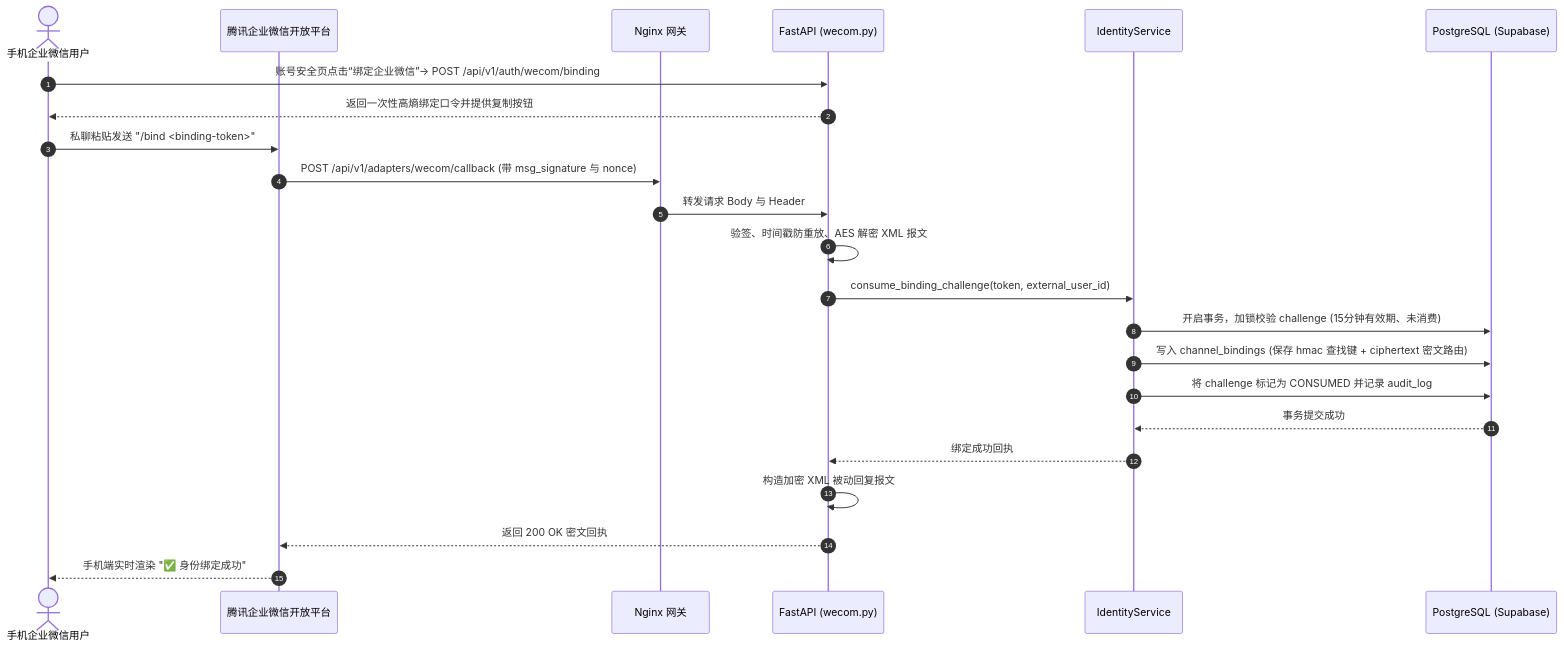
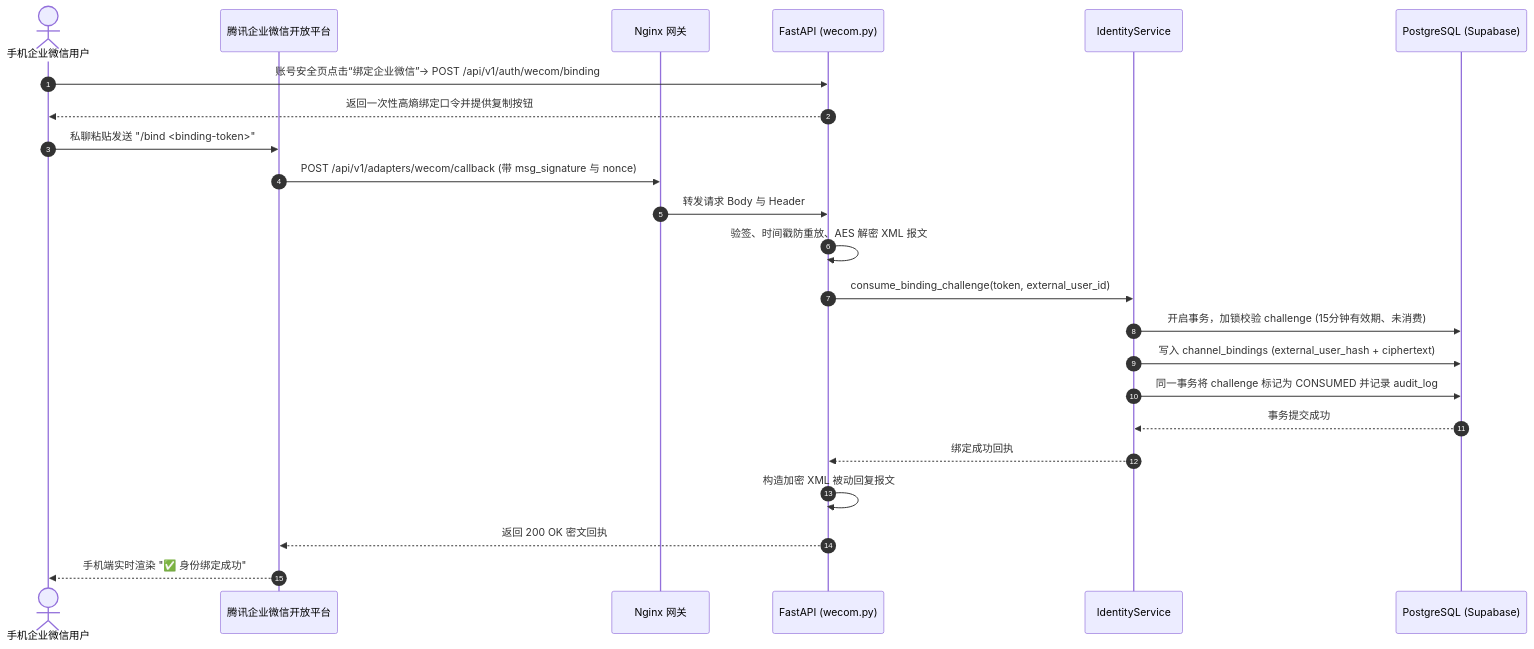
Before and after one commit to sinojelly/wealthsail: the third of 7 diagrams in docs/10.WealthSail-MVP前后端实现与系统部署规范.md, drawn with Mermaid. The commit also changed other lines of this file and 46 other files, not shown here.

````diff
--- a/docs/10.WealthSail-MVP前后端实现与系统部署规范.md
+++ b/docs/10.WealthSail-MVP前后端实现与系统部署规范.md
@@ -169,25 +183,25 @@
 ```mermaid
 sequenceDiagram
     autonumber
     actor WeComUser as 手机企业微信用户
     participant WeComServer as 腾讯企业微信开放平台
     participant Nginx as Nginx 网关
     participant API as FastAPI (wecom.py)
     participant Service as IdentityService
     participant DB as PostgreSQL (Supabase)
     WeComUser->>API: 账号安全页点击“绑定企业微信”→ POST /api/v1/auth/wecom/binding
     API-->>WeComUser: 返回一次性高熵绑定口令并提供复制按钮
     WeComUser->>WeComServer: 私聊粘贴发送 "/bind <binding-token>"
     WeComServer->>Nginx: POST /api/v1/adapters/wecom/callback (带 msg_signature 与 nonce)
     Nginx->>API: 转发请求 Body 与 Header
     API->>API: 验签、时间戳防重放、AES 解密 XML 报文
     API->>Service: consume_binding_challenge(token, external_user_id)
     Service->>DB: 开启事务，加锁校验 challenge (15分钟有效期、未消费)
-    Service->>DB: 写入 channel_bindings (保存 hmac 查找键 + ciphertext 密文路由)
-    Service->>DB: 将 challenge 标记为 CONSUMED 并记录 audit_log
+    Service->>DB: 写入 channel_bindings (external_user_hash + ciphertext)
+    Service->>DB: 同一事务将 challenge 标记为 CONSUMED 并记录 audit_log
     DB-->>Service: 事务提交成功
     Service-->>API: 绑定成功回执
     API->>API: 构造加密 XML 被动回复报文
     API-->>WeComServer: 返回 200 OK 密文回执
     WeComServer-->>WeComUser: 手机端实时渲染 "✅ 身份绑定成功"
 ```
````
